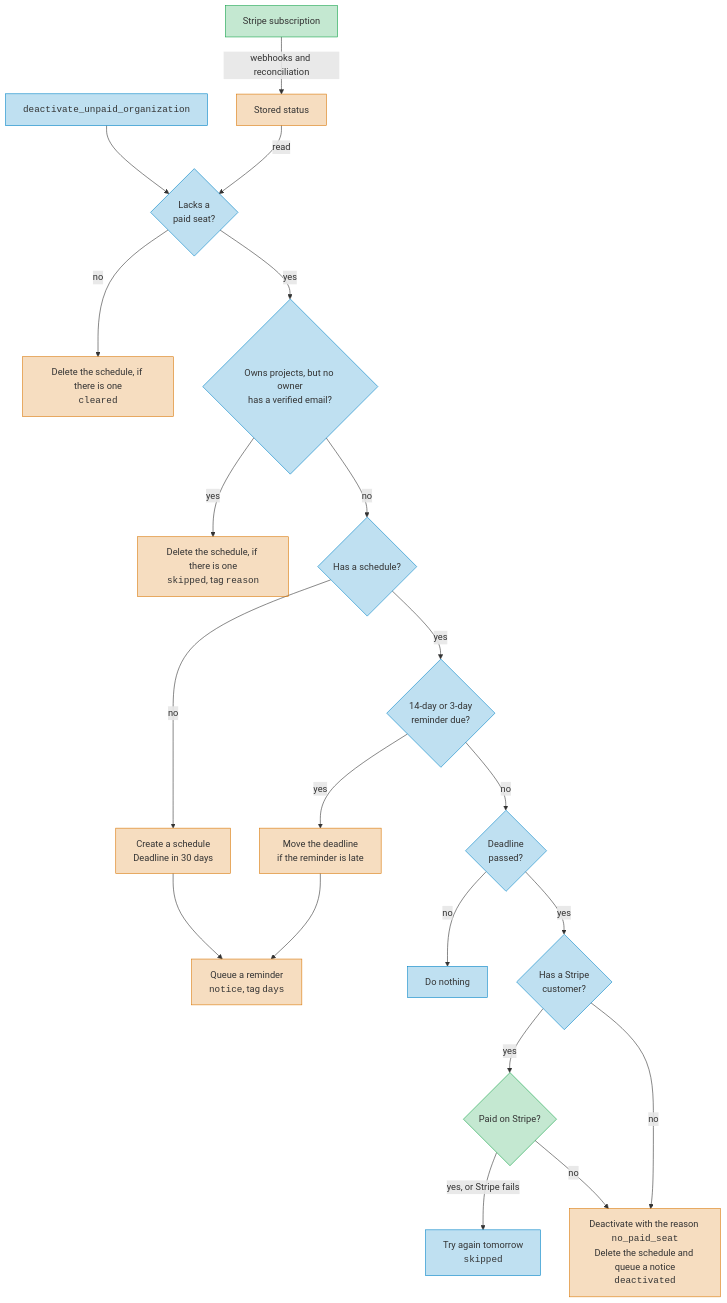
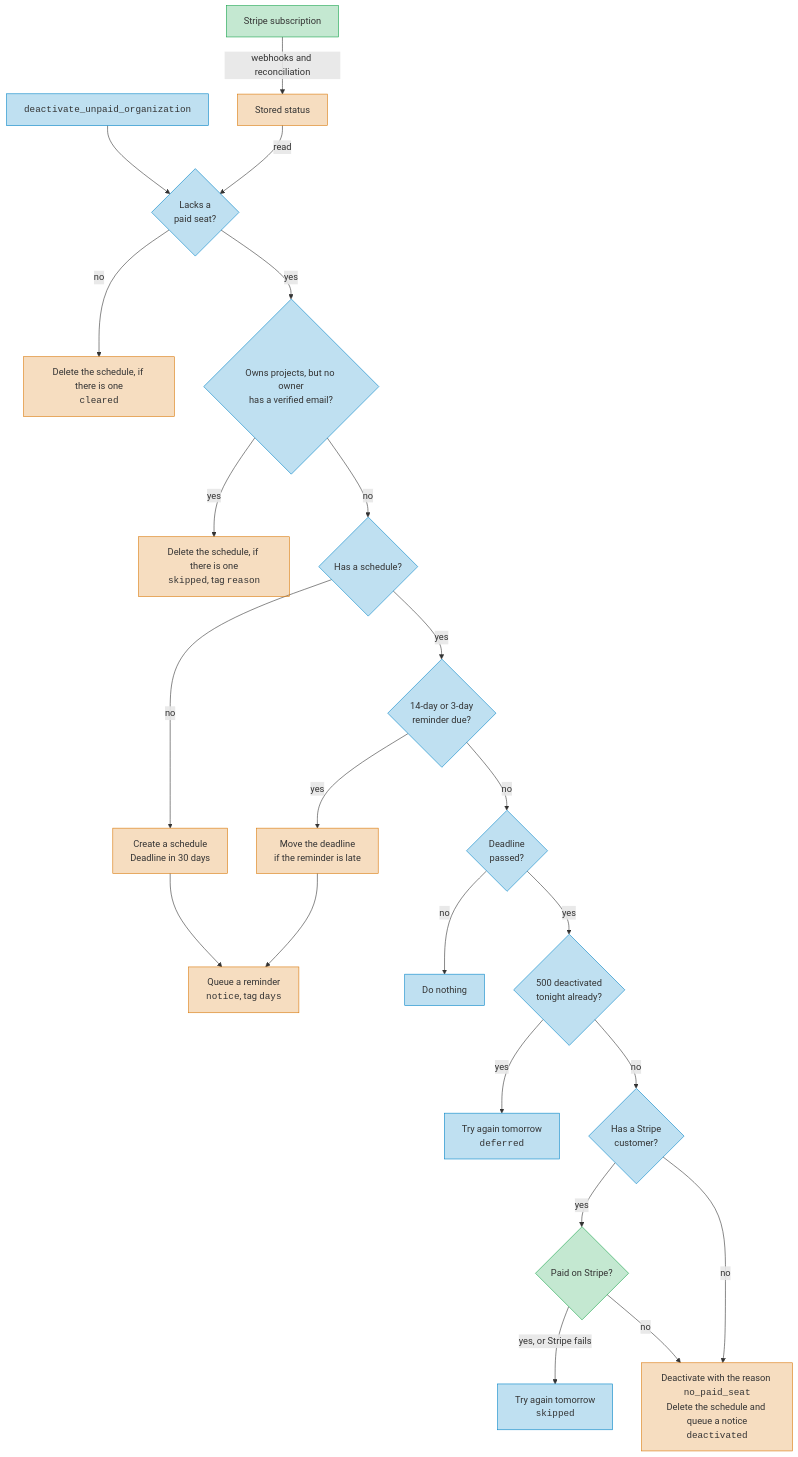
Before and after one commit to pypi/warehouse: the third of 3 diagrams in docs/dev/development/billing.md, drawn with Mermaid. The commit also changed other lines of this file and 3 other files, not shown here.

````diff
--- a/docs/dev/development/billing.md
+++ b/docs/dev/development/billing.md
@@ -150,25 +151,27 @@
 ```mermaid
 flowchart TD
     START[<code>deactivate_unpaid_organization</code>]:::warehouse --> PAID{Lacks a<br/>paid seat?}:::warehouse
     SUB[Stripe subscription]:::stripe -->|webhooks and reconciliation| STATUS[Stored status]:::data
     STATUS -->|read| PAID
     PAID -->|no| CLEAR[Delete the schedule, if there is one<br/><code>cleared</code>]:::data
     PAID -->|yes| REACH{Owns projects, but no owner<br/>has a verified email?}:::warehouse
     REACH -->|yes| SKIP[Delete the schedule, if there is one<br/><code>skipped</code>, tag <code>reason</code>]:::data
     REACH -->|no| HAS{Has a schedule?}:::warehouse
     HAS -->|no| NEW[Create a schedule<br/>Deadline in 30 days]:::data
     HAS -->|yes| DUE{14-day or 3-day<br/>reminder due?}:::warehouse
     DUE -->|yes| LATE[Move the deadline<br/>if the reminder is late]:::data
     NEW --> QUEUE[Queue a reminder<br/><code>notice</code>, tag <code>days</code>]:::data
     LATE --> QUEUE
     DUE -->|no| PAST{Deadline<br/>passed?}:::warehouse
     PAST -->|no| WAIT[Do nothing]:::warehouse
-    PAST -->|yes| CUST{Has a Stripe<br/>customer?}:::warehouse
+    PAST -->|yes| CAP{500 deactivated<br/>tonight already?}:::warehouse
+    CAP -->|yes| LATER[Try again tomorrow<br/><code>deferred</code>]:::warehouse
+    CAP -->|no| CUST{Has a Stripe<br/>customer?}:::warehouse
     CUST -->|yes| ASK{Paid on Stripe?}:::stripe
     ASK -->|yes, or Stripe fails| RETRY2[Try again tomorrow<br/><code>skipped</code>]:::warehouse
     ASK -->|no| DEACT
     CUST -->|no| DEACT[Deactivate with the reason <code>no_paid_seat</code><br/>Delete the schedule and queue a notice<br/><code>deactivated</code>]:::data
     classDef warehouse fill:#0284c740,stroke:#0284c7
     classDef data fill:#d9770640,stroke:#d97706
     classDef stripe fill:#16a34a40,stroke:#16a34a
 ```
````
